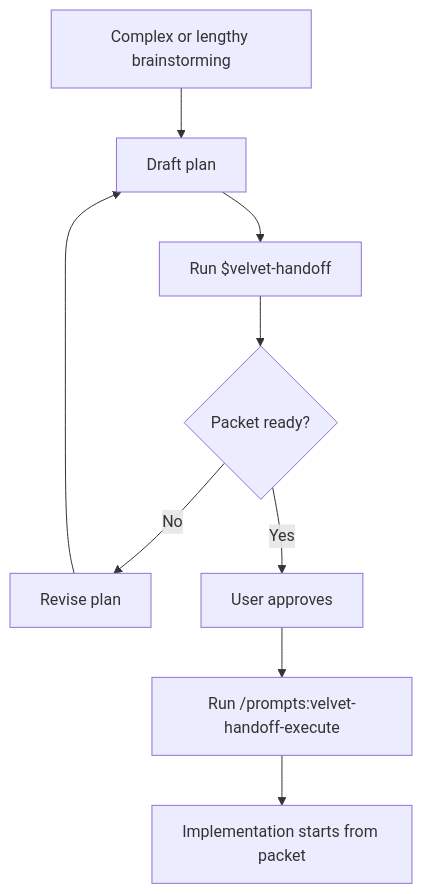
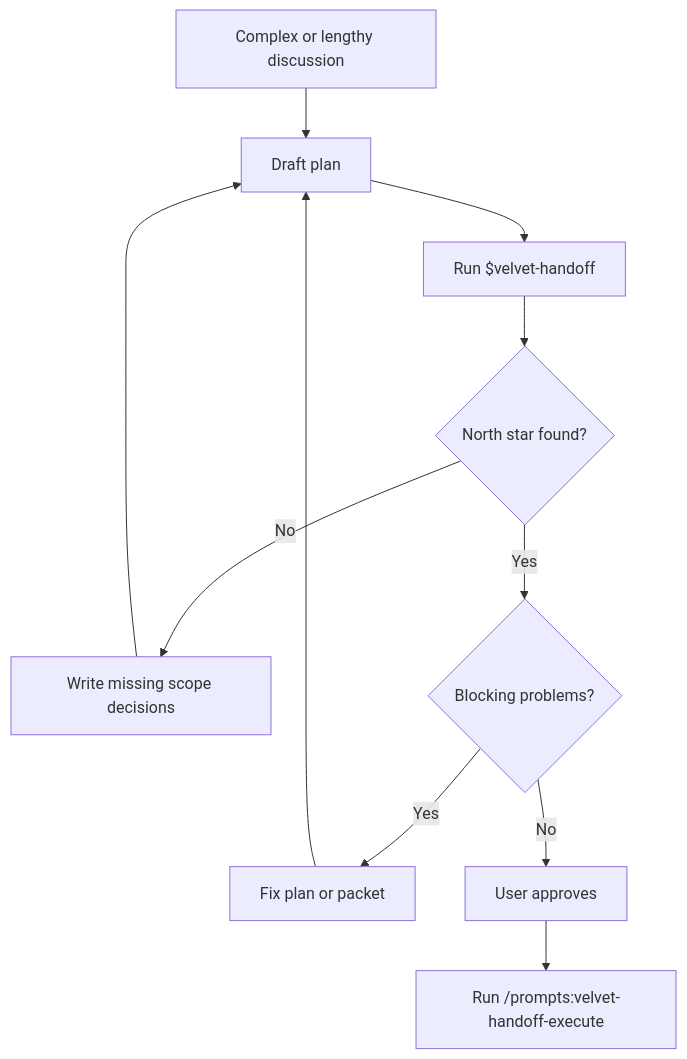
Before and after one commit to emilios-eth/velvet-handoff: the diagram in README.md, drawn with Mermaid. The commit also changed other lines of this file and 5 other files, not shown here.

````diff
--- a/README.md
+++ b/README.md
@@ -11,12 +17,14 @@
 ```mermaid
 flowchart TD
-    A["Complex or lengthy brainstorming"]
+    A["Complex or lengthy discussion"]
     A --> B["Draft plan"]
     B --> C["Run $velvet-handoff"]
-    C --> D{"Packet ready?"}
-    D -->|No| E["Revise plan"]
+    C --> D{"North star found?"}
+    D -->|No| E["Write missing scope decisions"]
     E --> B
-    D -->|Yes| F["User approves"]
-    F --> G["Run /prompts:velvet-handoff-execute"]
-    G --> H["Implementation starts from packet"]
+    D -->|Yes| F{"Blocking problems?"}
+    F -->|Yes| G["Fix plan or packet"]
+    G --> B
+    F -->|No| H["User approves"]
+    H --> I["Run /prompts:velvet-handoff-execute"]
 ```
````
